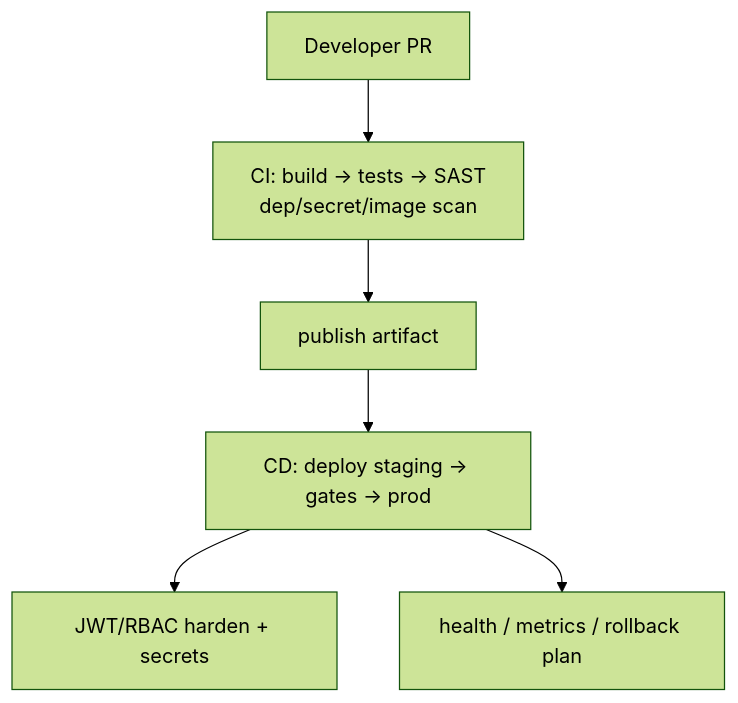
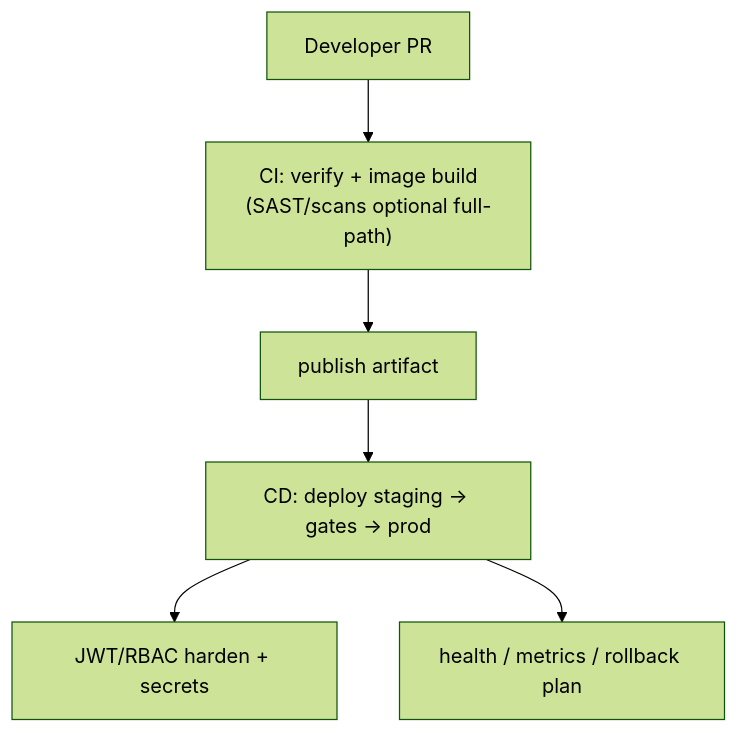
One commit to Innovation-In-Software/bc-sw-engineer-java-participant changed the diagram in labs/Week 6 - Capstone Project/module-51/lab51/LAB-51-GUIDE.md. Above: the diagram before and after it, drawn with Mermaid (forest theme). The commit also changed other lines of this file and 101 other files, not shown here.

````diff
--- a/labs/Week 6 - Capstone Project/module-51/lab51/LAB-51-GUIDE.md
+++ b/labs/Week 6 - Capstone Project/module-51/lab51/LAB-51-GUIDE.md
@@ -121,8 +121,8 @@
 ```mermaid
 flowchart TB
-  PR["Developer PR"] --> CI["CI: build -> tests -> SAST<br/>dep/secret/image scan"]
+  PR["Developer PR"] --> CI["CI: verify + image build<br/>(SAST/scans optional full-path)"]
   CI --> Pub["publish artifact"]
   Pub --> CD["CD: deploy staging -> gates -> prod"]
   CD --> Sec["JWT/RBAC harden + secrets"]
   CD --> Obs["health / metrics / rollback plan"]
 ```
````
